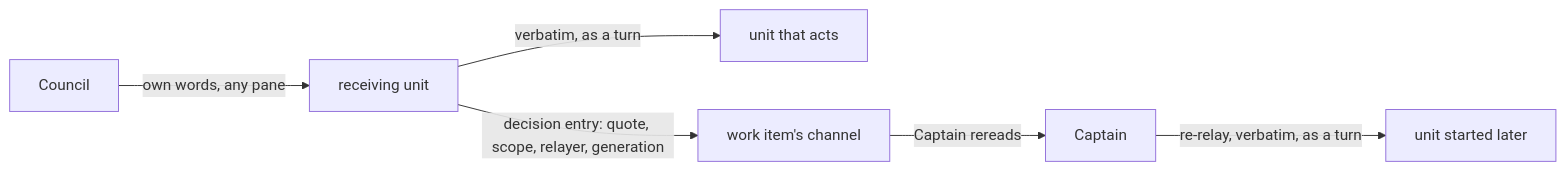
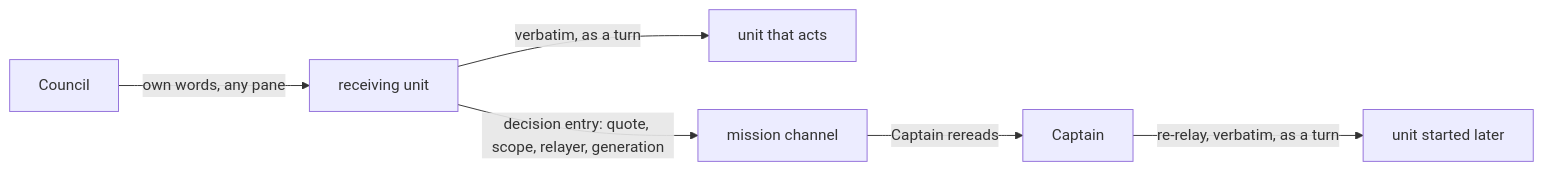
The diagram in .agents/specs/cyberfleet/design/authority.md (cyberuni/cyberfleet), drawn with Mermaid before and after one commit. The commit also changed other lines of this file and 2 other files, not shown here.

````diff
--- a/.agents/specs/cyberfleet/design/authority.md
+++ b/.agents/specs/cyberfleet/design/authority.md
@@ -42,8 +42,8 @@
 ```mermaid
 flowchart LR
   C["Council"] -->|"own words, any pane"| R["receiving unit"]
   R -->|"verbatim, as a turn"| A["unit that acts"]
-  R -->|"decision entry: quote, scope, relayer, generation"| CH["work item's channel"]
+  R -->|"decision entry: quote, scope, relayer, generation"| CH["mission channel"]
   CH -->|"Captain rereads"| K["Captain"]
   K -->|"re-relay, verbatim, as a turn"| L["unit started later"]
 ```
````
